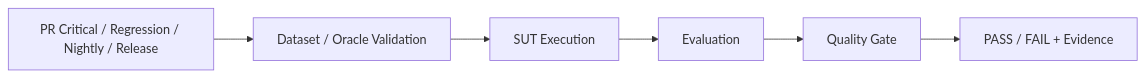
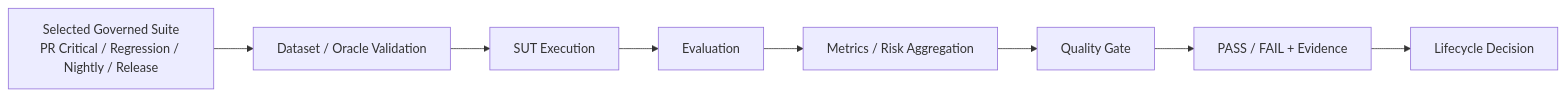
The sixth of 9 diagrams in docs/master_architecture.md (oleksandrserhieiev-beep/ai-qe-lab), drawn with Mermaid before and after one commit. The commit also changed other lines of this file, not shown here.

Commit message:
docs: correct governance and CI execution boundaries

````diff
--- a/docs/master_architecture.md
+++ b/docs/master_architecture.md
@@ -110,8 +160,10 @@
 ```mermaid
 flowchart LR
-    SUITE["PR Critical / Regression / Nightly / Release"] --> DV["Dataset / Oracle Validation"]
-    DV --> EX["SUT Execution"]
-    EX --> EV["Evaluation"]
-    EV --> QG["Quality Gate"]
+    SUITE["Selected Governed Suite\nPR Critical / Regression / Nightly / Release"] --> DV["Dataset / Oracle Validation"]
+    DV --> SUT["SUT Execution"]
+    SUT --> EV["Evaluation"]
+    EV --> MET["Metrics / Risk Aggregation"]
+    MET --> QG["Quality Gate"]
     QG --> D["PASS / FAIL + Evidence"]
+    D --> DEC["Lifecycle Decision"]
 ```
````
